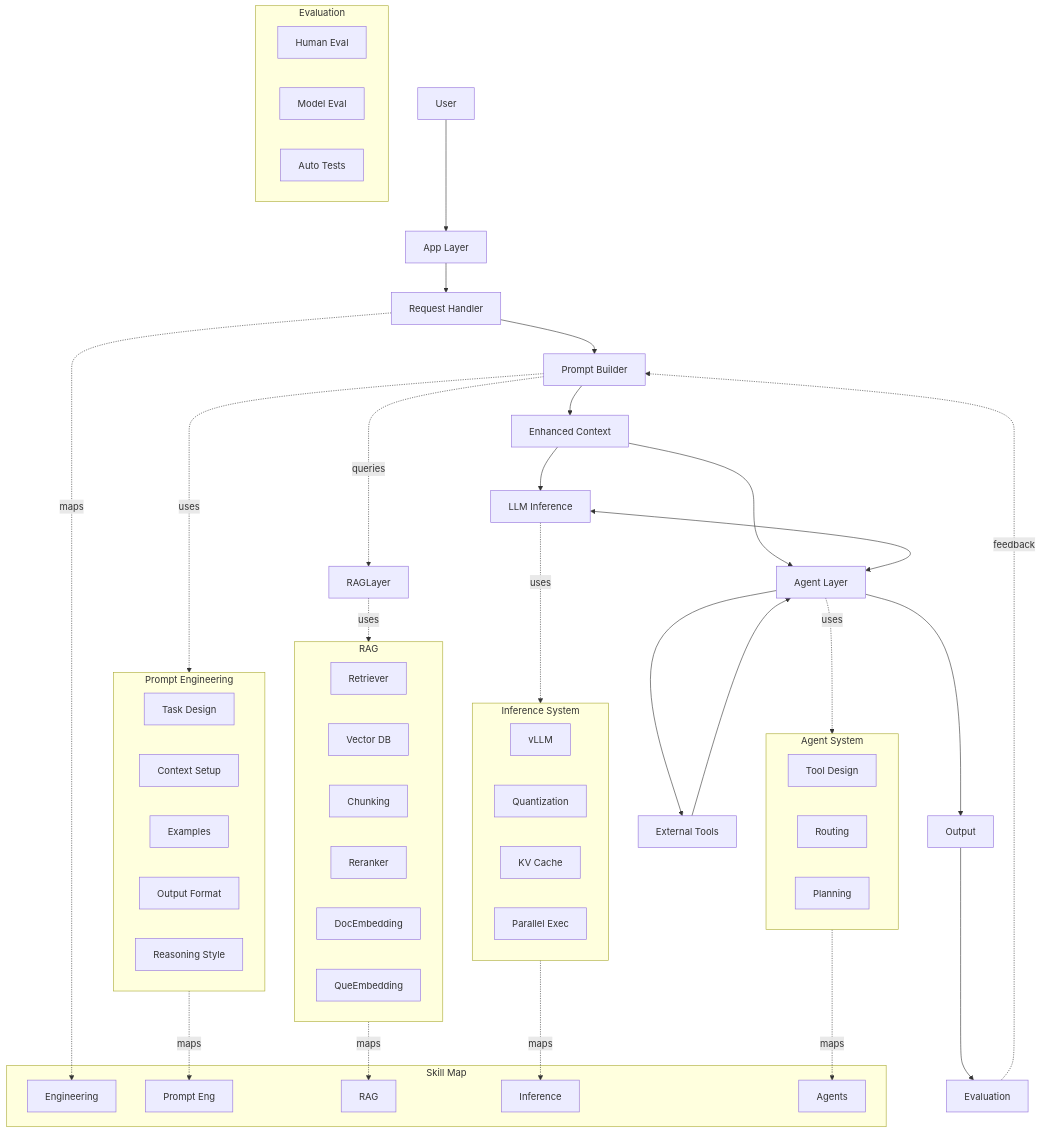
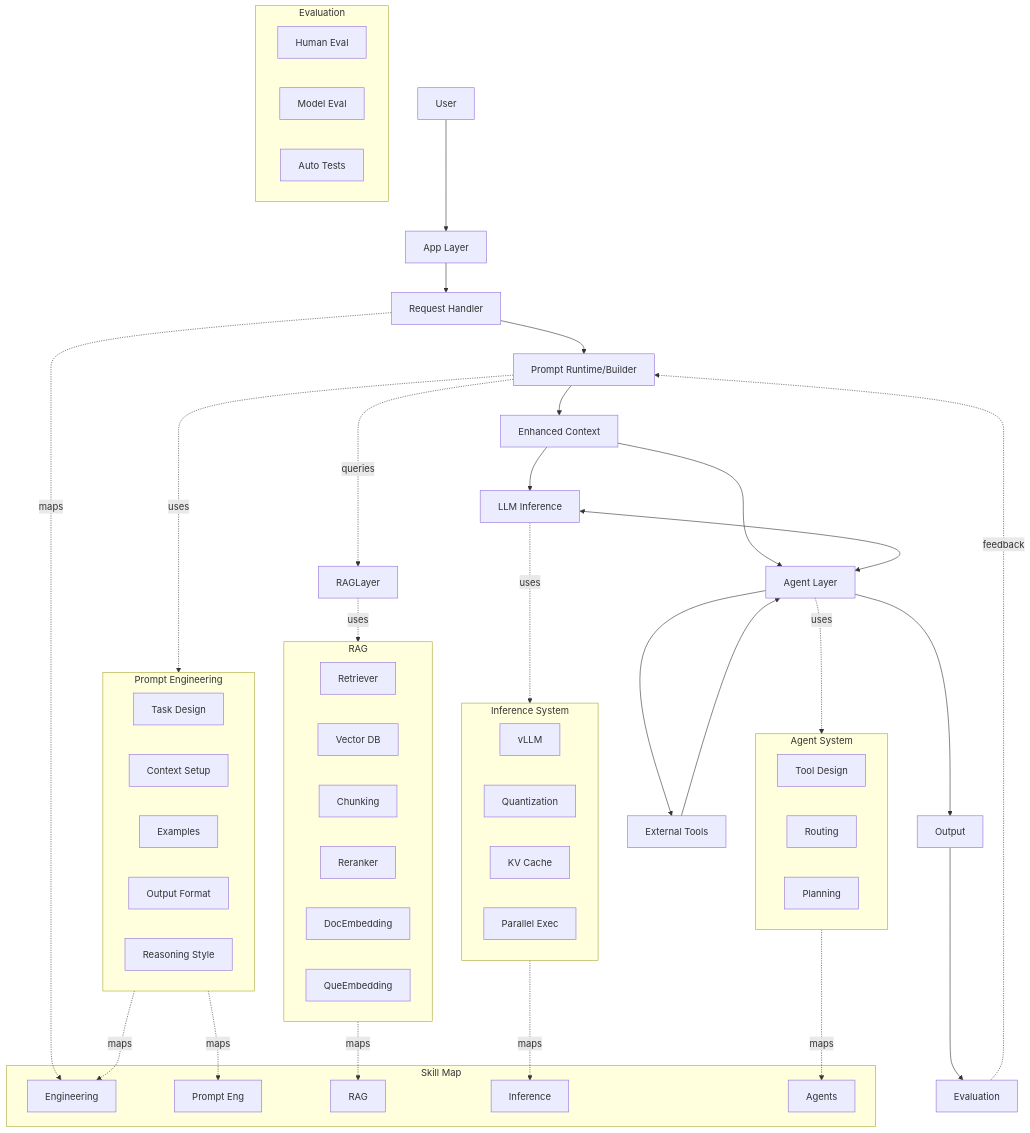
The diagram in combined.md (Poseiden/AI-Awesome), drawn with Mermaid before and after one commit. The commit also changed other lines of this file, not shown here.

Commit message:
[Chore]Optimize prompt engine with "Skill_Prompt & Skill_Engine" relation

```diff
--- a/combined.md
+++ b/combined.md
@@ -10,7 +10,7 @@
   %% Request and Prompt
   AppUI --> ReqHandler
   ReqHandler[Request Handler] --> PromptLayer
-  PromptLayer[Prompt Builder]
+  PromptLayer[Prompt Runtime/Builder]
 
   %% Prompt Engineering
   subgraph PromptEngine[Prompt Engineering]
@@ -86,6 +86,7 @@
   end
 
   PromptEngine -. maps .-> Skill_Prompt
+  PromptEngine -. maps .-> Skill_Eng
   RAG -. maps .-> Skill_RAG
   AgentSys -. maps .-> Skill_Agent
   InferenceSys -. maps .-> Skill_Infer
```
